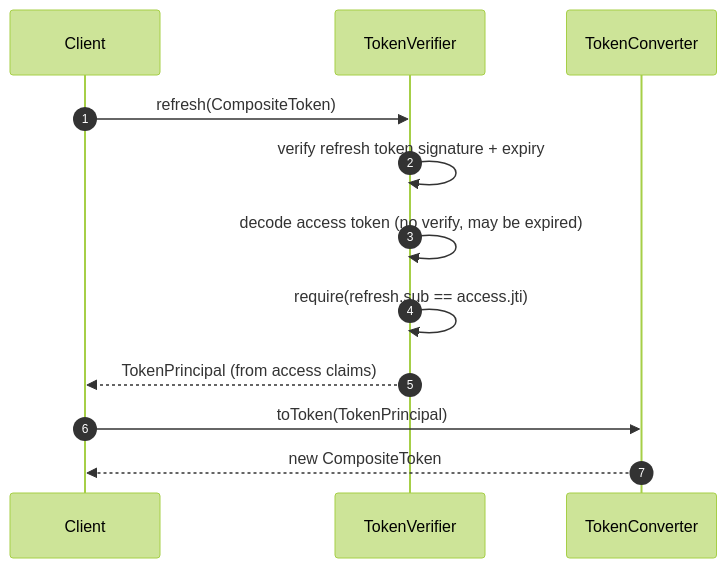
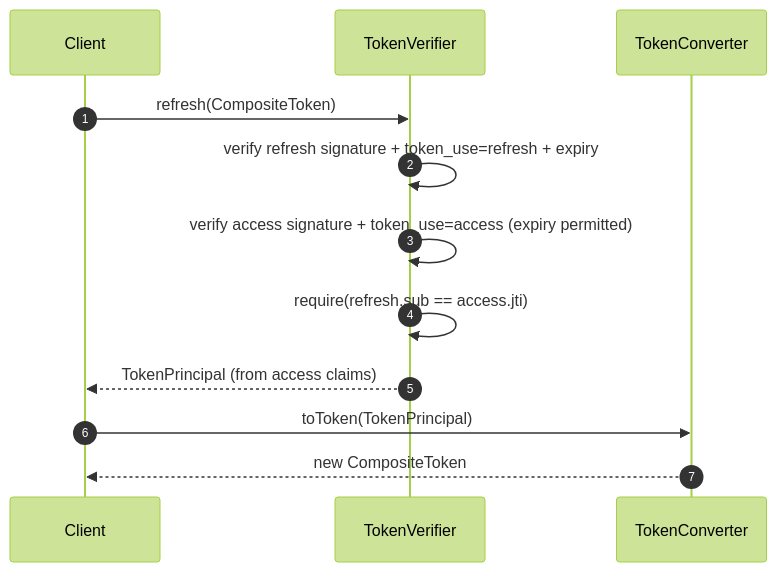
Before and after one commit to Ahoo-Wang/CoSec: the third of 3 diagrams in wiki/deep-dive/authentication/token-management.md, drawn with Mermaid (forest theme). The commit also changed 43 other files, not shown here.

````diff
--- a/wiki/deep-dive/authentication/token-management.md
+++ b/wiki/deep-dive/authentication/token-management.md
@@ -211,17 +211,17 @@
 ```mermaid
 sequenceDiagram
     autonumber
     participant Client
     participant TV as TokenVerifier
     participant TC as TokenConverter
 
     Client->>TV: refresh(CompositeToken)
-    TV->>TV: verify refresh token signature + expiry
-    TV->>TV: decode access token (no verify, may be expired)
+    TV->>TV: verify refresh signature + token_use=refresh + expiry
+    TV->>TV: verify access signature + token_use=access (expiry permitted)
     TV->>TV: require(refresh.sub == access.jti)
     TV-->>Client: TokenPrincipal (from access claims)
 
     Client->>TC: toToken(TokenPrincipal)
     TC-->>Client: new CompositeToken
 
 ```
````
